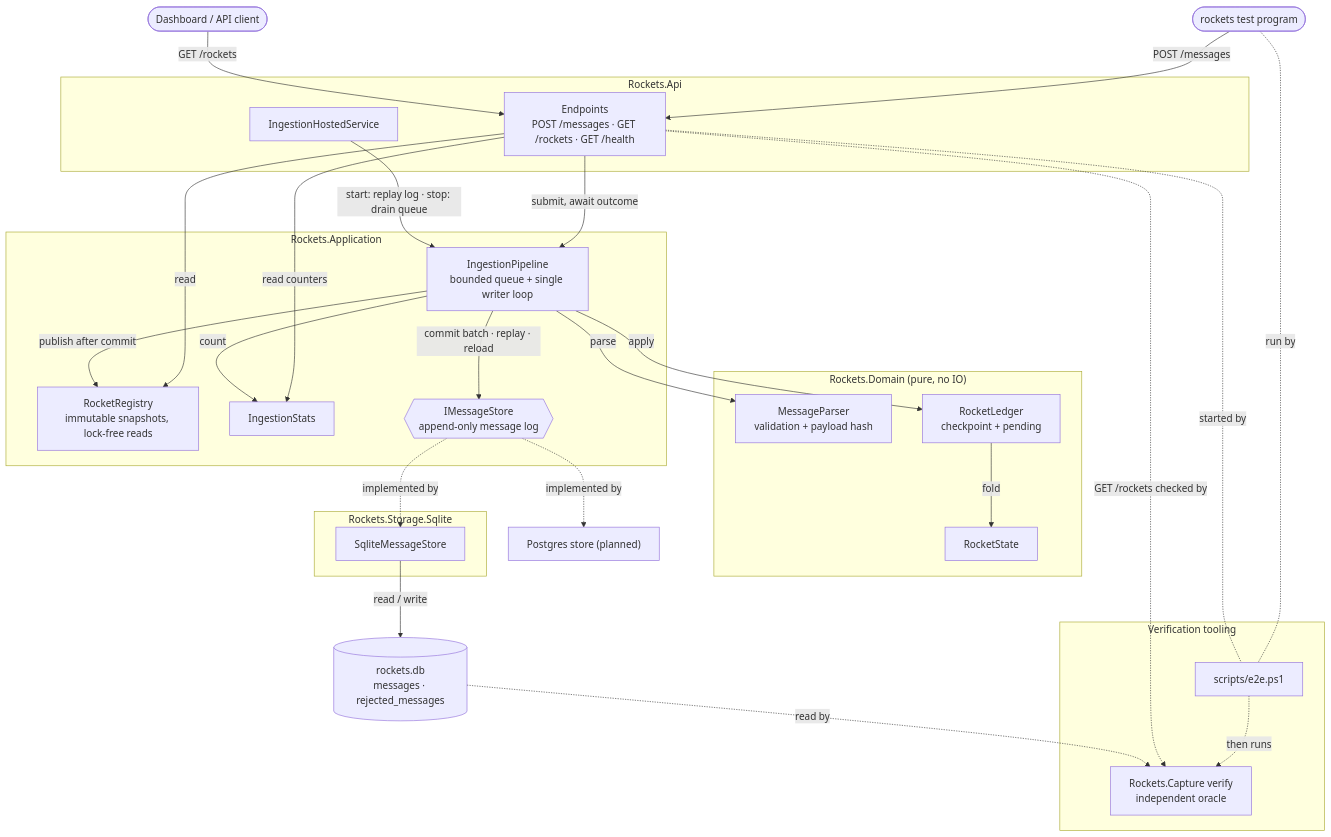
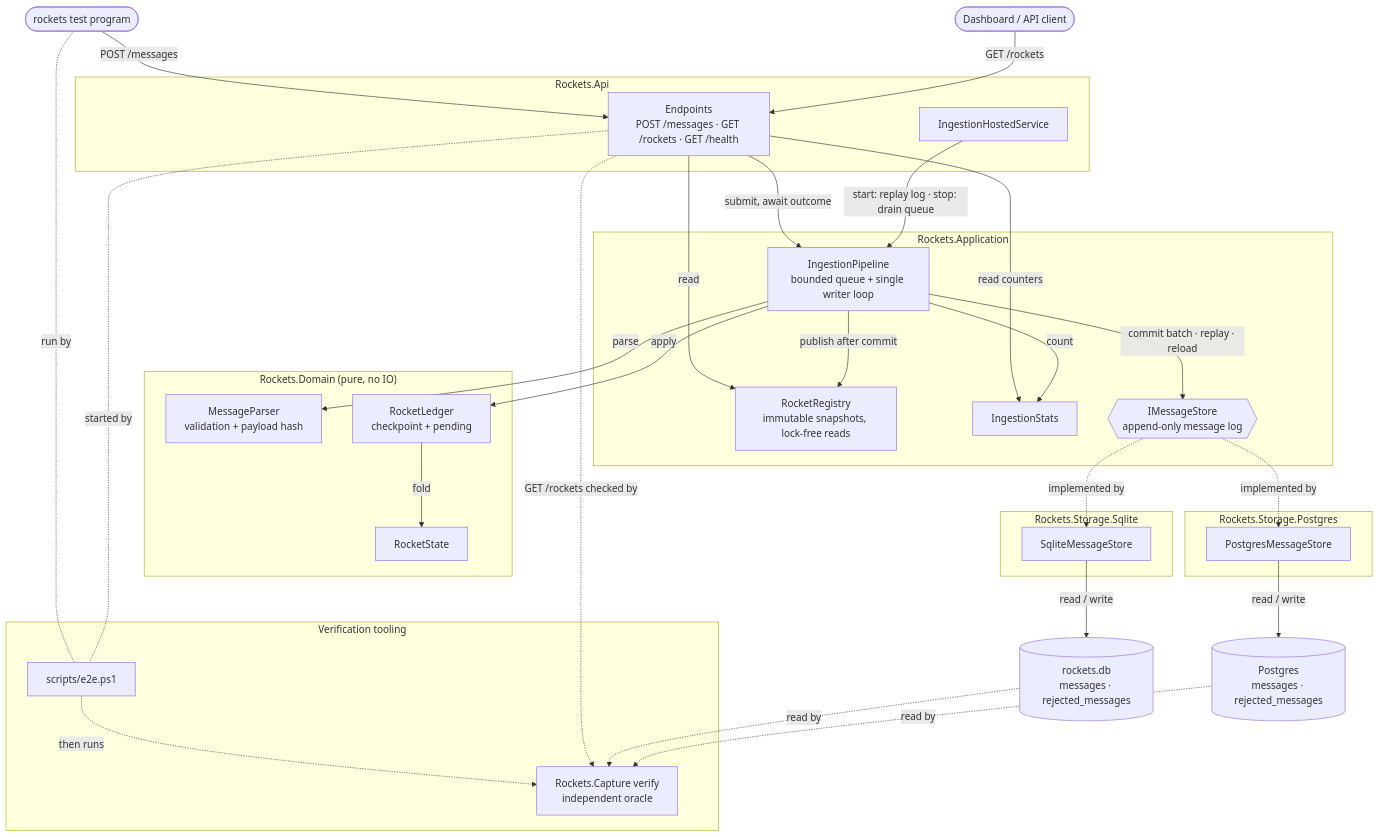
The first of 2 diagrams in README.md (erlando/rocket-challenge), drawn with Mermaid before and after one commit. The commit also changed other lines of this file and 16 other files, not shown here.

First line of the commit message:
Phase 6: Postgres store

````diff
--- a/README.md
+++ b/README.md
@@ -98,57 +106,63 @@
 ```mermaid
 flowchart TB
     rockets(["rockets test program"])
     dashboard(["Dashboard / API client"])
 
     subgraph api["Rockets.Api"]
         endpoints["Endpoints<br/>POST /messages · GET /rockets · GET /health"]
         hosted["IngestionHostedService"]
     end
 
     subgraph application["Rockets.Application"]
         pipeline["IngestionPipeline<br/>bounded queue + single writer loop"]
         registry["RocketRegistry<br/>immutable snapshots, lock-free reads"]
         stats["IngestionStats"]
         storeContract{{"IMessageStore<br/>append-only message log"}}
     end
 
     subgraph domain["Rockets.Domain (pure, no IO)"]
         parser["MessageParser<br/>validation + payload hash"]
         ledger["RocketLedger<br/>checkpoint + pending"]
         state["RocketState"]
     end
 
     subgraph storage["Rockets.Storage.Sqlite"]
         sqlite["SqliteMessageStore"]
     end
 
+    subgraph storagePostgres["Rockets.Storage.Postgres"]
+        postgres["PostgresMessageStore"]
+    end
+
     db[("rockets.db<br/>messages · rejected_messages")]
-    postgres["Postgres store (planned)"]
+    pg[("Postgres<br/>messages · rejected_messages")]
 
     subgraph verification["Verification tooling"]
         e2e["scripts/e2e.ps1"]
         oracle["Rockets.Capture verify<br/>independent oracle"]
     end
 
     rockets -->|"POST /messages"| endpoints
     dashboard -->|"GET /rockets"| endpoints
     endpoints -->|"submit, await outcome"| pipeline
     endpoints -->|"read"| registry
     endpoints -->|"read counters"| stats
     hosted -->|"start: replay log · stop: drain queue"| pipeline
     pipeline -->|"parse"| parser
     pipeline -->|"apply"| ledger
     ledger -->|"fold"| state
     pipeline -->|"publish after commit"| registry
     pipeline -->|"count"| stats
     pipeline -->|"commit batch · replay · reload"| storeContract
     storeContract -.->|"implemented by"| sqlite
     storeContract -.->|"implemented by"| postgres
     sqlite -->|"read / write"| db
+    postgres -->|"read / write"| pg
 
     rockets -.-|"run by"| e2e
     endpoints -.-|"started by"| e2e
     e2e -.->|"then runs"| oracle
     endpoints -.->|"GET /rockets checked by"| oracle
     db -.->|"read by"| oracle
+    pg -.->|"read by"| oracle
 ```
````
